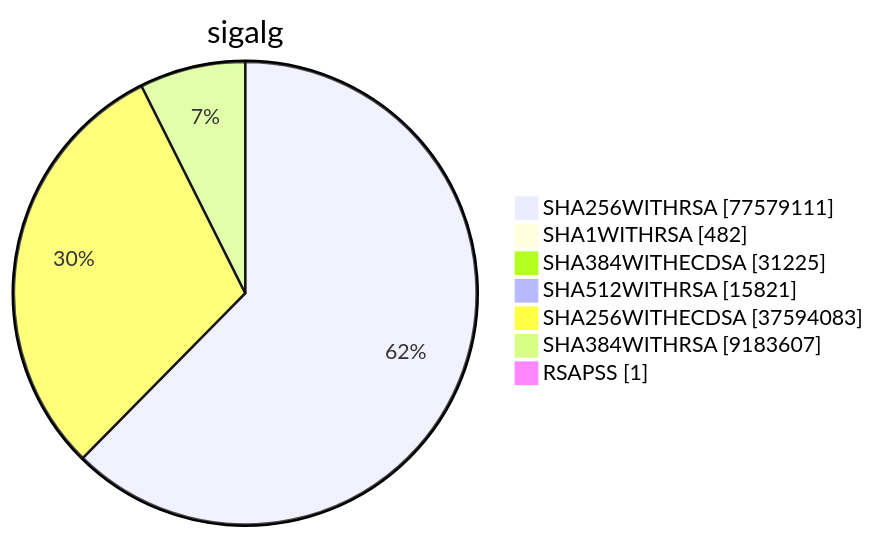
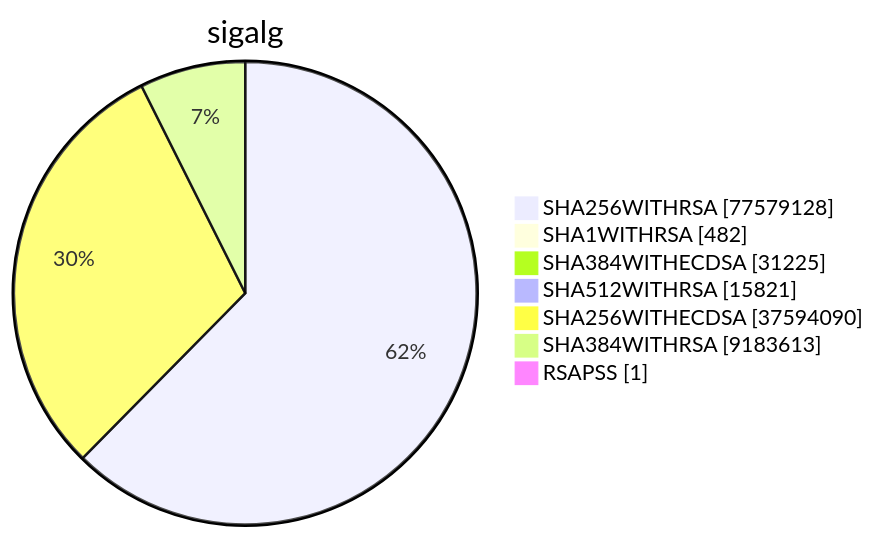
One commit to christiankrug/ctmonitor_visualization changed diagram 15 of 15 in xenon2023/README.md. Above: the diagram before and after it, drawn with Mermaid. The commit also changed other lines of this file, not shown here.

````diff
--- a/xenon2023/README.md
+++ b/xenon2023/README.md
@@ -4575,11 +4575,11 @@
 ```mermaid
 pie showData
 title sigalg
-"SHA256WITHRSA" :77579111
+"SHA256WITHRSA" :77579128
 "SHA1WITHRSA" :482
 "SHA384WITHECDSA" :31225
 "SHA512WITHRSA" :15821
-"SHA256WITHECDSA" :37594083
-"SHA384WITHRSA" :9183607
+"SHA256WITHECDSA" :37594090
+"SHA384WITHRSA" :9183613
 "RSAPSS" :1
 ```
````
